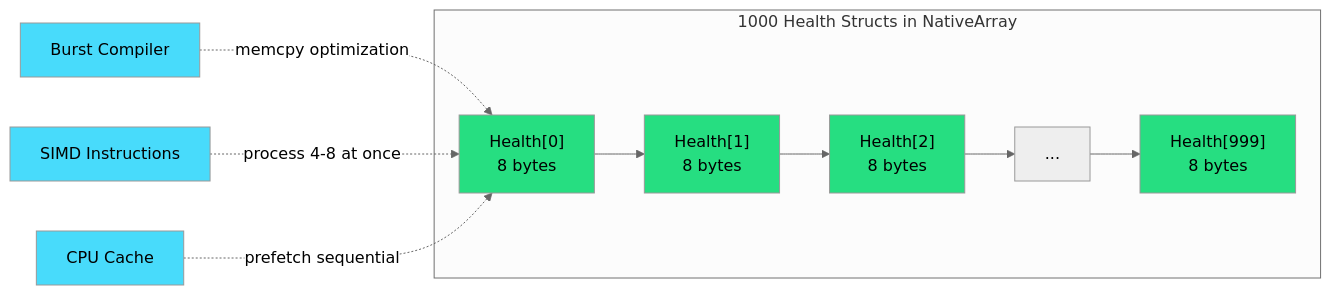
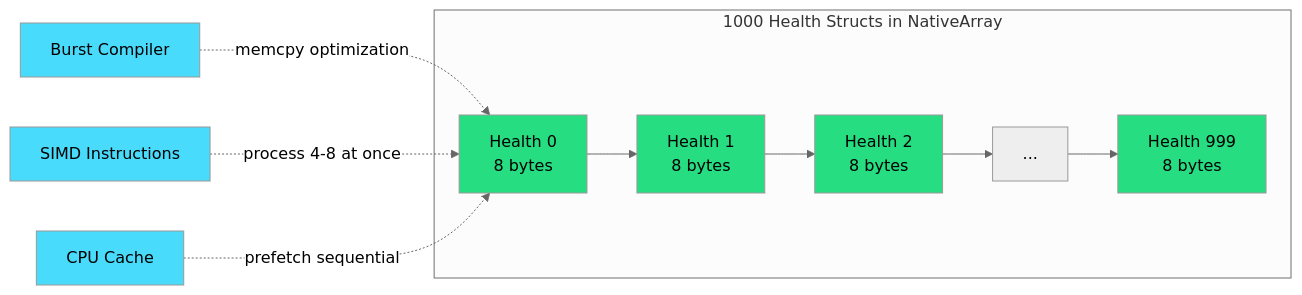
The sixth of 13 diagrams in 01-the-golden-rule.md (IAFahim/data-oriented-design-standards), drawn with Mermaid (neutral theme) before and after one commit. The commit also changed other lines of this file and 1 other file, not shown here.

````diff
--- a/01-the-golden-rule.md
+++ b/01-the-golden-rule.md
@@ -288,21 +288,21 @@
 ```mermaid
 graph LR
     subgraph "1000 Health Structs in NativeArray"
-        H1["Health[0]<br/>8 bytes"] --> H2["Health[1]<br/>8 bytes"]
-        H2 --> H3["Health[2]<br/>8 bytes"]
+        H1["Health 0<br/>8 bytes"] --> H2["Health 1<br/>8 bytes"]
+        H2 --> H3["Health 2<br/>8 bytes"]
         H3 --> H4["..."]
-        H4 --> H5["Health[999]<br/>8 bytes"]
+        H4 --> H5["Health 999<br/>8 bytes"]
     end
     
     BURST[Burst Compiler] -.->|memcpy optimization| H1
     SIMD[SIMD Instructions] -.->|process 4-8 at once| H1
     CACHE[CPU Cache] -.->|prefetch sequential| H1
     
     style H1 fill:#26de81
     style H2 fill:#26de81
     style H3 fill:#26de81
     style H5 fill:#26de81
     style BURST fill:#48dbfb
     style SIMD fill:#48dbfb
     style CACHE fill:#48dbfb
 ```
````
